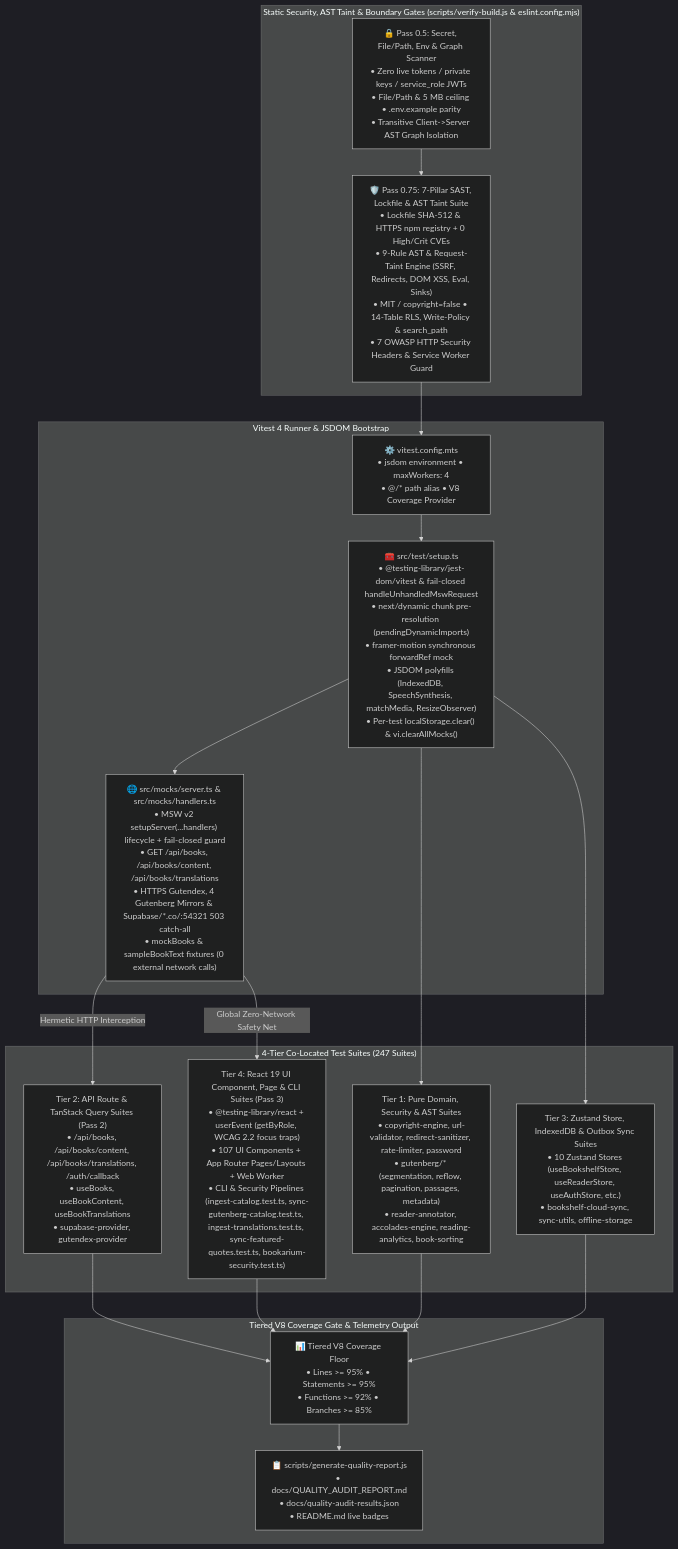
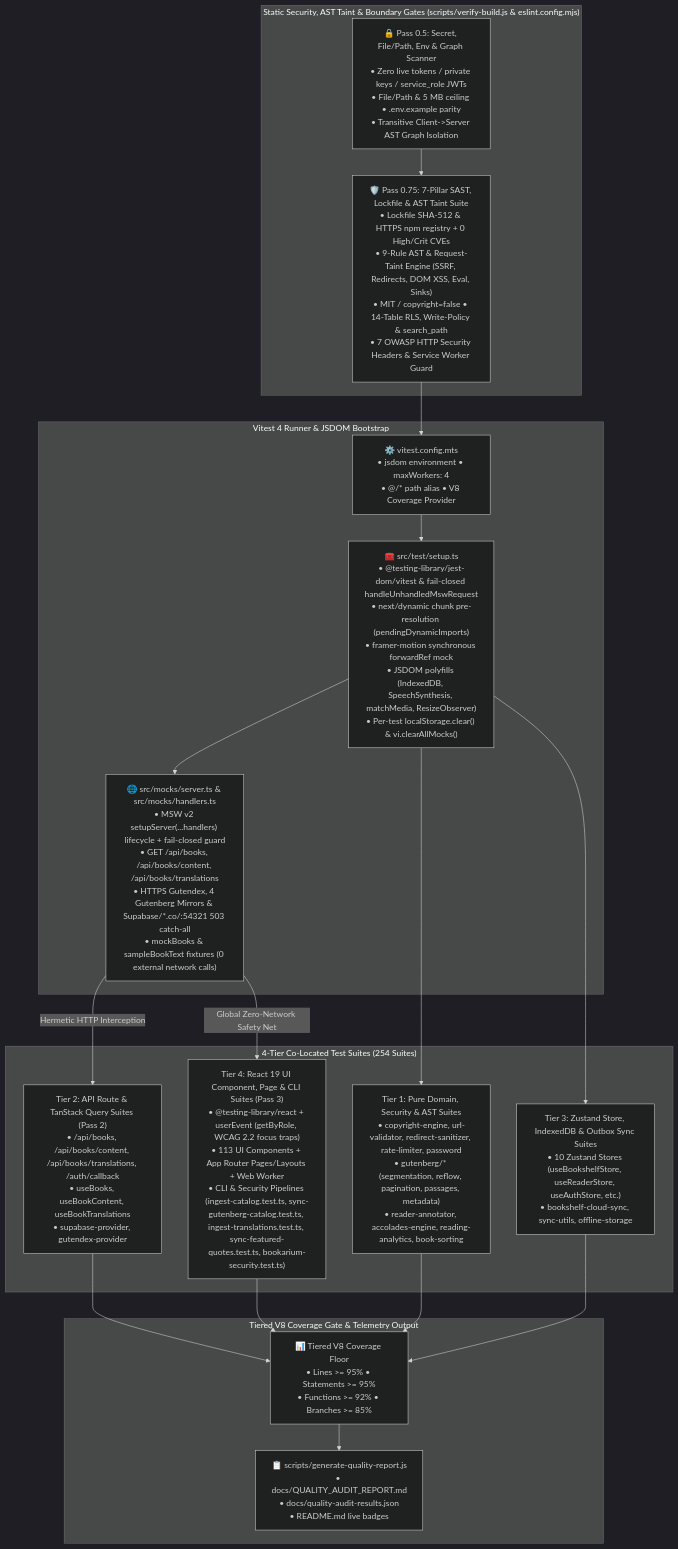
The ninth of 13 diagrams in docs/ARCHITECTURE.md (calin-m/Bookarium), drawn with Mermaid (dark theme) before and after one commit. The commit also changed other lines of this file and 68 other files, not shown here.

````diff
--- a/docs/ARCHITECTURE.md
+++ b/docs/ARCHITECTURE.md
@@ -1171,39 +1178,39 @@
 ```mermaid
 flowchart TD
     subgraph SecurityGates ["Static Security, AST Taint & Boundary Gates (scripts/verify-build.js & eslint.config.mjs)"]
         Pass05["🔒 Pass 0.5: Secret, File/Path, Env & Graph Scanner\n• Zero live tokens / private keys / service_role JWTs\n• File/Path & 5 MB ceiling • .env.example parity\n• Transitive Client->Server AST Graph Isolation"]
         Pass075["🛡️ Pass 0.75: 7-Pillar SAST, Lockfile & AST Taint Suite\n• Lockfile SHA-512 & HTTPS npm registry + 0 High/Crit CVEs\n• 9-Rule AST & Request-Taint Engine (SSRF, Redirects, DOM XSS, Eval, Sinks)\n• MIT / copyright=false • 14-Table RLS, Write-Policy & search_path\n• 7 OWASP HTTP Security Headers & Service Worker Guard"]
     end
 
     subgraph TestRunner ["Vitest 4 Runner & JSDOM Bootstrap"]
         VitestCfg["⚙️ vitest.config.mts\n• jsdom environment • maxWorkers: 4\n• @/* path alias • V8 Coverage Provider"]
         TestSetup["🧰 src/test/setup.ts\n• @testing-library/jest-dom/vitest & fail-closed handleUnhandledMswRequest\n• next/dynamic chunk pre-resolution (pendingDynamicImports)\n• framer-motion synchronous forwardRef mock\n• JSDOM polyfills (IndexedDB, SpeechSynthesis, matchMedia, ResizeObserver)\n• Per-test localStorage.clear() & vi.clearAllMocks()"]
         MSWServer["🌐 src/mocks/server.ts & src/mocks/handlers.ts\n• MSW v2 setupServer(...handlers) lifecycle + fail-closed guard\n• GET /api/books, /api/books/content, /api/books/translations\n• HTTPS Gutendex, 4 Gutenberg Mirrors & Supabase/*.co/:54321 503 catch-all\n• mockBooks & sampleBookText fixtures (0 external network calls)"]
     end
 
-    subgraph TestTiers ["4-Tier Co-Located Test Suites (247 Suites)"]
+    subgraph TestTiers ["4-Tier Co-Located Test Suites (254 Suites)"]
         Tier1["Tier 1: Pure Domain, Security & AST Suites\n• copyright-engine, url-validator, redirect-sanitizer, rate-limiter, password\n• gutenberg/* (segmentation, reflow, pagination, passages, metadata)\n• reader-annotator, accolades-engine, reading-analytics, book-sorting"]
         Tier2["Tier 2: API Route & TanStack Query Suites (Pass 2)\n• /api/books, /api/books/content, /api/books/translations, /auth/callback\n• useBooks, useBookContent, useBookTranslations\n• supabase-provider, gutendex-provider"]
         Tier3["Tier 3: Zustand Store, IndexedDB & Outbox Sync Suites\n• 10 Zustand Stores (useBookshelfStore, useReaderStore, useAuthStore, etc.)\n• bookshelf-cloud-sync, sync-utils, offline-storage"]
-        Tier4["Tier 4: React 19 UI Component, Page & CLI Suites (Pass 3)\n• @testing-library/react + userEvent (getByRole, WCAG 2.2 focus traps)\n• 107 UI Components + App Router Pages/Layouts + Web Worker\n• CLI & Security Pipelines (ingest-catalog.test.ts, sync-gutenberg-catalog.test.ts, ingest-translations.test.ts, sync-featured-quotes.test.ts, bookarium-security.test.ts)"]
+        Tier4["Tier 4: React 19 UI Component, Page & CLI Suites (Pass 3)\n• @testing-library/react + userEvent (getByRole, WCAG 2.2 focus traps)\n• 113 UI Components + App Router Pages/Layouts + Web Worker\n• CLI & Security Pipelines (ingest-catalog.test.ts, sync-gutenberg-catalog.test.ts, ingest-translations.test.ts, sync-featured-quotes.test.ts, bookarium-security.test.ts)"]
     end
 
     subgraph CoverageGate ["Tiered V8 Coverage Gate & Telemetry Output"]
         V8Thresholds["📊 Tiered V8 Coverage Floor\n• Lines >= 95% • Statements >= 95%\n• Functions >= 92% • Branches >= 85%"]
         QualityReport["📋 scripts/generate-quality-report.js\n• docs/QUALITY_AUDIT_REPORT.md\n• docs/quality-audit-results.json\n• README.md live badges"]
     end
 
     Pass05 --> Pass075
     Pass075 --> VitestCfg
     VitestCfg --> TestSetup
     TestSetup --> MSWServer
     TestSetup --> Tier1
     MSWServer -->|"Hermetic HTTP Interception"| Tier2
     TestSetup --> Tier3
     MSWServer -->|"Global Zero-Network Safety Net"| Tier4
     Tier1 --> V8Thresholds
     Tier2 --> V8Thresholds
     Tier3 --> V8Thresholds
     Tier4 --> V8Thresholds
     V8Thresholds --> QualityReport
 ```
````
